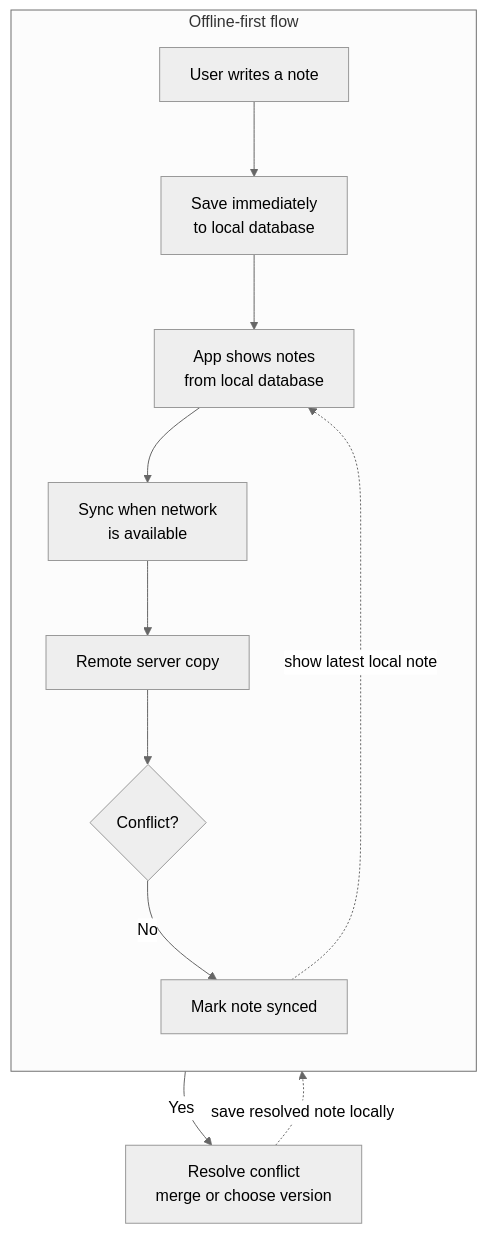
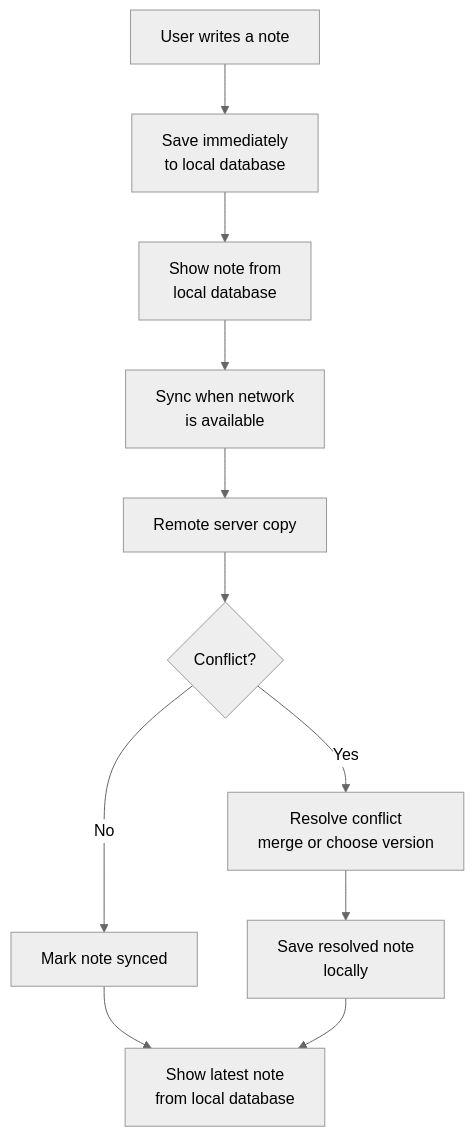
Before and after one commit to venkata-ram/FieldNotes-OfflineFirstSystemDesign: the diagram in README.md, drawn with Mermaid (neutral theme).

Commit message:
docs: fix readme flow direction

````diff
--- a/README.md
+++ b/README.md
@@ -30,22 +30,17 @@
 ```mermaid
 flowchart TB
-    subgraph Main["Offline-first flow"]
-        direction TB
-        A["User writes a note"]
-        B["Save immediately<br/>to local database"]
-        C["App shows notes<br/>from local database"]
-        D["Sync when network<br/>is available"]
-        E["Remote server copy"]
-        F{"Conflict?"}
-        H["Mark note synced"]
+    A["User writes a note"]
+    B["Save immediately<br/>to local database"]
+    C["Show note from<br/>local database"]
+    D["Sync when network<br/>is available"]
+    E["Remote server copy"]
+    F{"Conflict?"}
+    G["Mark note synced"]
+    H["Resolve conflict<br/>merge or choose version"]
+    I["Save resolved note<br/>locally"]
+    J["Show latest note<br/>from local database"]
 
-        A --> B --> C --> D --> E --> F
-        F -->|No| H
-    end
-
-    G["Resolve conflict<br/>merge or choose version"]
-
-    F -->|Yes| G
-    G -.->|save resolved note locally| B
-    H -.->|show latest local note| C
+    A --> B --> C --> D --> E --> F
+    F -->|No| G --> J
+    F -->|Yes| H --> I --> J
 ```
````
